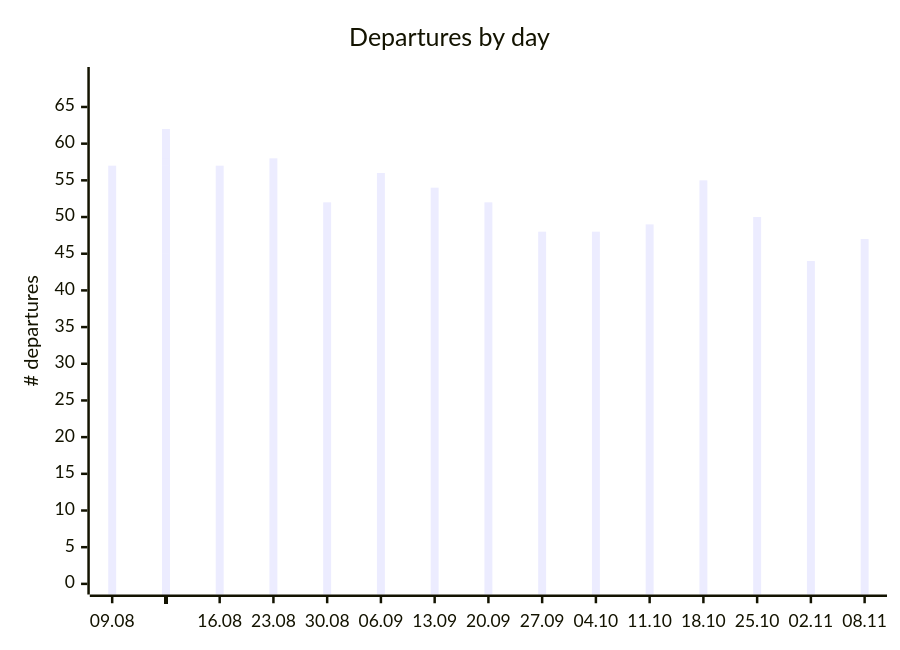
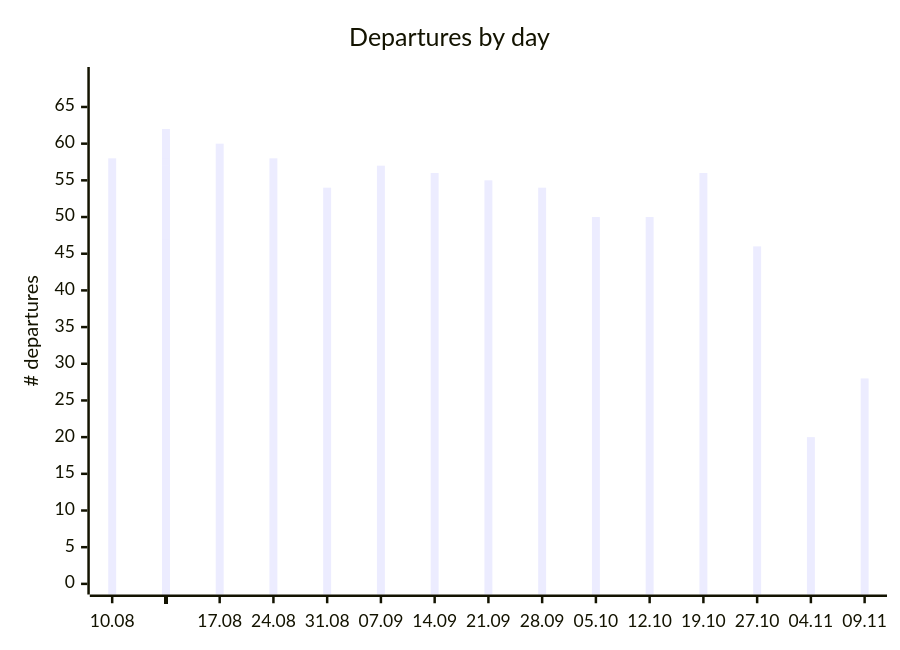
The first of 2 diagrams in README.md (rainermesi/tll-airport-departures), drawn with Mermaid before and after one commit. The commit also changed other lines of this file and 3 other files, not shown here.

````diff
--- a/README.md
+++ b/README.md
@@ -65,12 +65,12 @@
 ```mermaid
 ---
 xyChart:
     xAxis:
       labelFontSize: 8
 ---
 xychart-beta
     title "Departures by day"
-    x-axis ["09.08", " ", " ", " ", " ", " ", " ", "16.08", " ", " ", " ", " ", " ", " ", "23.08", " ", " ", " ", " ", " ", " ", "30.08", " ", " ", " ", " ", " ", " ", "06.09", " ", " ", " ", " ", " ", " ", "13.09", " ", " ", " ", " ", " ", " ", "20.09", " ", " ", " ", " ", " ", " ", "27.09", " ", " ", " ", " ", " ", " ", "04.10", " ", " ", " ", " ", " ", " ", "11.10", " ", " ", " ", " ", " ", " ", "18.10", " ", " ", " ", " ", " ", " ", "25.10", " ", " ", " ", " ", " ", " ", "02.11", " ", " ", " ", " ", "08.11"]
+    x-axis ["10.08", " ", " ", " ", " ", " ", " ", "17.08", " ", " ", " ", " ", " ", " ", "24.08", " ", " ", " ", " ", " ", " ", "31.08", " ", " ", " ", " ", " ", " ", "07.09", " ", " ", " ", " ", " ", " ", "14.09", " ", " ", " ", " ", " ", " ", "21.09", " ", " ", " ", " ", " ", " ", "28.09", " ", " ", " ", " ", " ", " ", "05.10", " ", " ", " ", " ", " ", " ", "12.10", " ", " ", " ", " ", " ", " ", "19.10", " ", " ", " ", " ", " ", " ", "27.10", " ", " ", " ", " ", " ", " ", "04.11", " ", " ", " ", " ", "09.11"]
     y-axis "# departures" 0 --> 69
-    bar [57, 58, 43, 53, 54, 61, 48, 57, 60, 46, 54, 55, 60, 43, 58, 58, 48, 54, 33, 32, 34, 52, 54, 45, 54, 49, 62, 42, 56, 57, 48, 53, 52, 61, 44, 54, 56, 47, 51, 52, 59, 43, 52, 55, 46, 51, 53, 57, 40, 48, 54, 42, 46, 52, 54, 40, 48, 50, 36, 45, 46, 53, 35, 49, 50, 34, 46, 52, 58, 44, 55, 56, 46, 48, 52, 57, 46, 50, 46, 51, 27, 49, 49, 50, 44, 20, 43, 24, 45, 47]
+    bar [58, 43, 53, 54, 61, 48, 57, 60, 46, 54, 55, 60, 43, 58, 58, 48, 54, 33, 32, 34, 52, 54, 45, 54, 49, 62, 42, 56, 57, 48, 53, 52, 61, 44, 54, 56, 47, 51, 52, 59, 43, 52, 55, 46, 51, 53, 57, 40, 48, 54, 42, 46, 52, 54, 40, 48, 50, 36, 45, 46, 53, 35, 49, 50, 34, 46, 52, 58, 44, 55, 56, 46, 48, 52, 57, 46, 50, 46, 51, 27, 49, 49, 50, 44, 20, 43, 24, 45, 47, 28]
 ```
````
